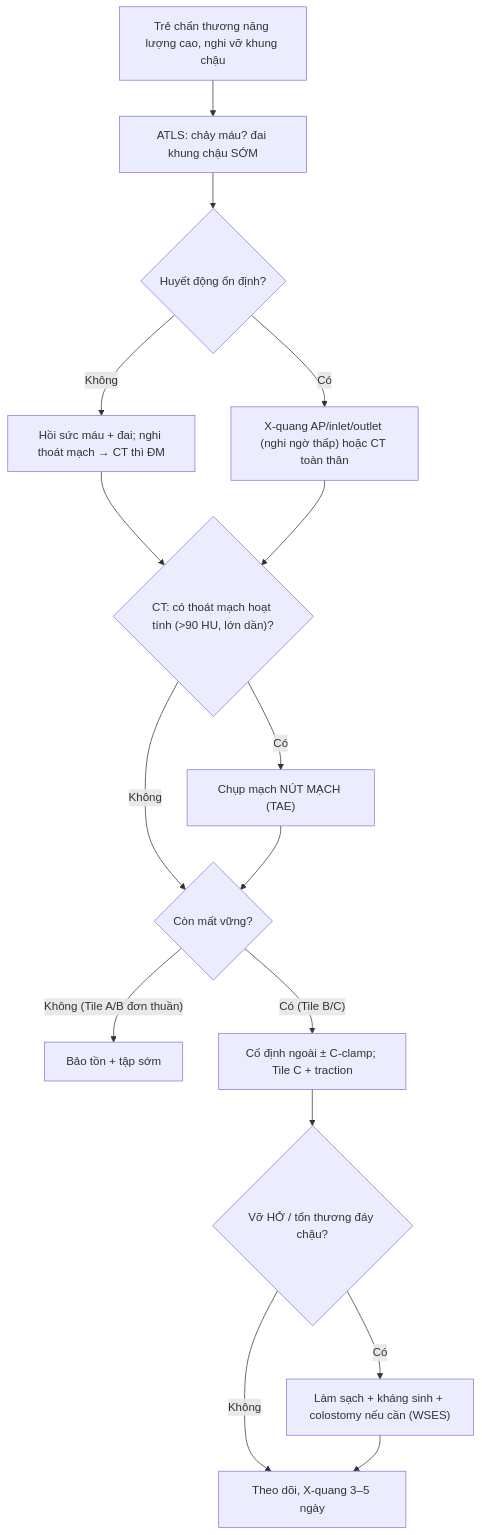
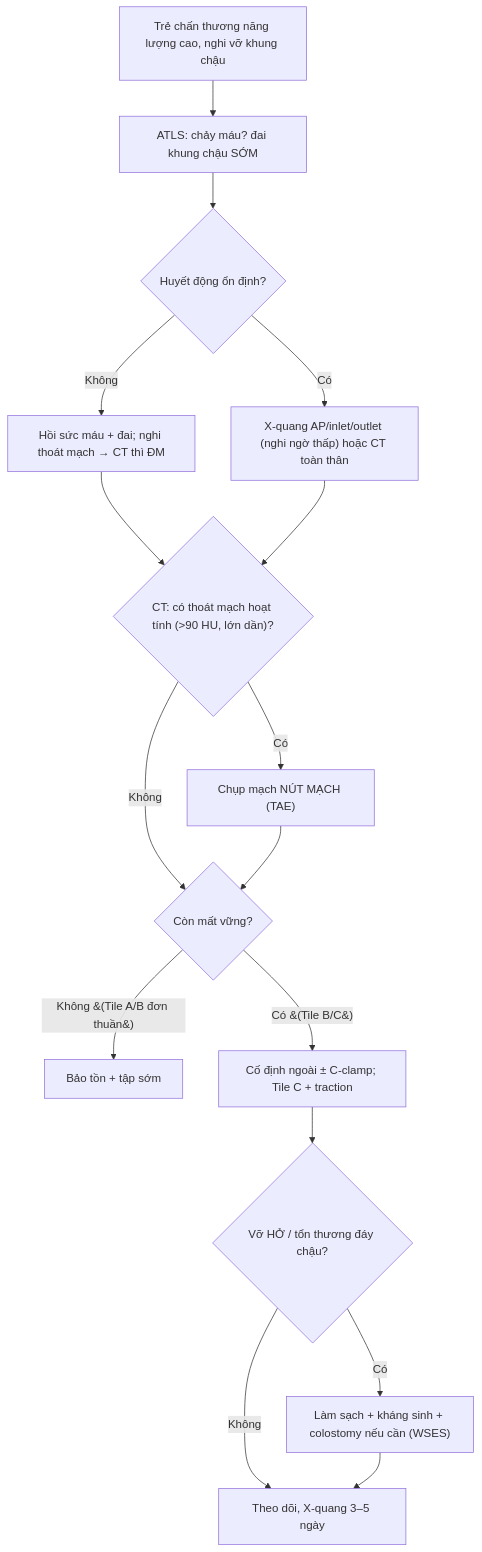
Before and after one commit to drthe92/rad: the diagram in 645-vo-khung-chau-o-tre/lesson.md, drawn with Mermaid. The commit also changed 32 other files, not shown here.

Commit message:
Sua loi Mermaid 10.9.1 cho 31 bai (\\n-><br/>, quote label, ngoac edge label->entity, ngoac dong sai); them tools/fix_mermaid.py + gan vao quy trinh

````diff
--- a/645-vo-khung-chau-o-tre/lesson.md
+++ b/645-vo-khung-chau-o-tre/lesson.md
@@ -99,18 +99,18 @@
 ```mermaid
 flowchart TD
   A["Trẻ chấn thương năng lượng cao, nghi vỡ khung chậu"] --> B["ATLS: chảy máu? đai khung chậu SỚM"]
   B --> C{"Huyết động ổn định?"}
   C -->|"Không"| D["Hồi sức máu + đai; nghi thoát mạch → CT thì ĐM"]
   C -->|"Có"| E["X-quang AP/inlet/outlet (nghi ngờ thấp) hoặc CT toàn thân"]
   D --> F{"CT: có thoát mạch hoạt tính (>90 HU, lớn dần)?"}
   E --> F
   F -->|"Có"| G["Chụp mạch NÚT MẠCH (TAE)"]
   F -->|"Không"| H{"Còn mất vững?"}
   G --> H
-  H -->|"Không (Tile A/B đơn thuần)"| I["Bảo tồn + tập sớm"]
-  H -->|"Có (Tile B/C)"| J["Cố định ngoài ± C-clamp; Tile C + traction"]
+  H -->|"Không &#40;Tile A/B đơn thuần&#41;"| I["Bảo tồn + tập sớm"]
+  H -->|"Có &#40;Tile B/C&#41;"| J["Cố định ngoài ± C-clamp; Tile C + traction"]
   J --> K{"Vỡ HỞ / tổn thương đáy chậu?"}
   K -->|"Có"| L["Làm sạch + kháng sinh + colostomy nếu cần (WSES)"]
   K -->|"Không"| M["Theo dõi, X-quang 3–5 ngày"]
   L --> M
 ```
````
